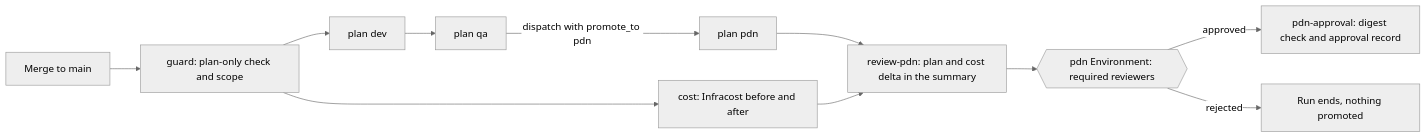
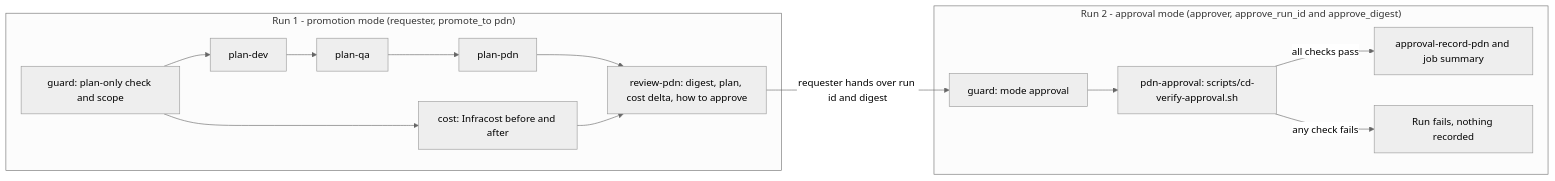
Before and after one commit to aroma-pacifico/aroma-pacifico-infrastructure: the diagram in docs/cd-pipeline.md, drawn with Mermaid (neutral theme). The commit also changed other lines of this file and 1 other file, not shown here.

First line of the commit message:
docs(iac): document the two-step production approval (#23)

````diff
--- a/docs/cd-pipeline.md
+++ b/docs/cd-pipeline.md
@@ -43,13 +76,17 @@
 ```mermaid
 flowchart LR
-    M[Merge to main] --> G[guard: plan-only check and scope]
-    G --> PD[plan dev]
-    PD --> PQ[plan qa]
-    PQ -->|dispatch with promote_to pdn| PP[plan pdn]
-    G --> C[cost: Infracost before and after]
-    PP --> R[review-pdn: plan and cost delta in the summary]
-    C --> R
-    R --> A{{pdn Environment: required reviewers}}
-    A -->|approved| REC[pdn-approval: digest check and approval record]
-    A -->|rejected| X[Run ends, nothing promoted]
+    subgraph R1["Run 1 - promotion mode (requester, promote_to pdn)"]
+        G["guard: plan-only check and scope"] --> PD["plan-dev"]
+        PD --> PQ["plan-qa"]
+        PQ --> PP["plan-pdn"]
+        G --> C["cost: Infracost before and after"]
+        PP --> R["review-pdn: digest, plan, cost delta, how to approve"]
+        C --> R
+    end
+    R -->|"requester hands over run id and digest"| G2
+    subgraph R2["Run 2 - approval mode (approver, approve_run_id and approve_digest)"]
+        G2["guard: mode approval"] --> A["pdn-approval: scripts/cd-verify-approval.sh"]
+        A -->|"all checks pass"| REC["approval-record-pdn and job summary"]
+        A -->|"any check fails"| X["Run fails, nothing recorded"]
+    end
 ```
````
